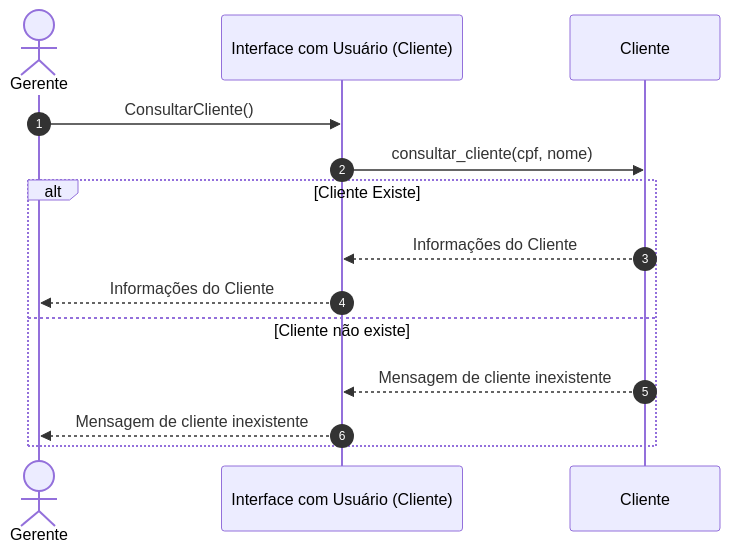
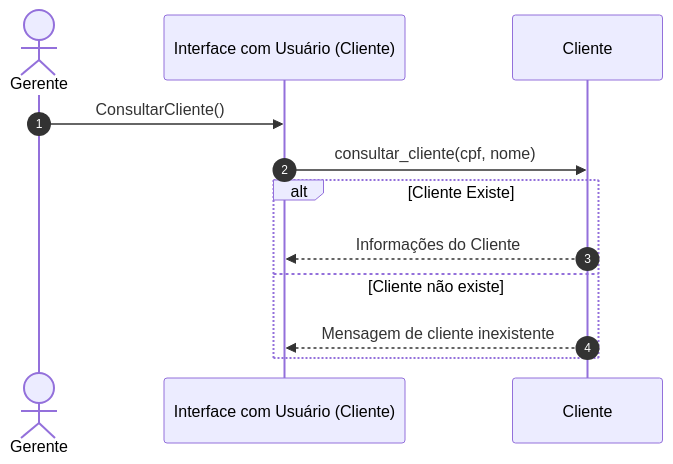
Before and after one commit to Projeito-Vendas-de-Cosmeticos/Comesticos-doc: the fourth of 4 diagrams in Documetos/Documento_Visao.md, drawn with Mermaid.

Commit message:
Simplify client consultation interactions
Removed unnecessary interactions with the manager in the client consultation process.

````diff
--- a/Documetos/Documento_Visao.md
+++ b/Documetos/Documento_Visao.md
@@ -151,19 +151,17 @@
 ```mermaid
 sequenceDiagram
     autonumber
 
     actor Gerente
     participant IU as Interface com Usuário (Cliente)
     participant Cliente as Cliente
 
     Gerente ->> IU: ConsultarCliente()
     IU ->> Cliente: consultar_cliente(cpf, nome)
 
     alt Cliente Existe
         Cliente -->> IU: Informações do Cliente
-        IU -->> Gerente: Informações do Cliente
     else Cliente não existe
         Cliente -->> IU: Mensagem de cliente inexistente
-        IU -->> Gerente: Mensagem de cliente inexistente
     end
 ```
````
